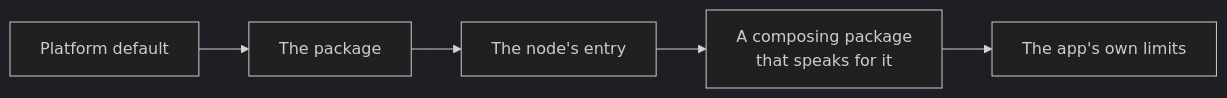
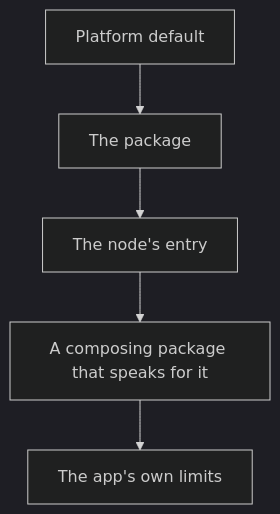
The diagram in docs/guides/creators-terms.md (openmoca/moca-spec), drawn with Mermaid (dark theme) before and after one commit. The commit also changed 1 other file, not shown here.

Commit message:
Docs index: name the table columns; the terms diagram runs top to bottom
Both from an accessibility check of the site: tables with empty header cells,
and a diagram too wide for the page, which scrolled sideways.

````diff
--- a/docs/guides/creators-terms.md
+++ b/docs/guides/creators-terms.md
@@ -117,4 +117,4 @@
 ```mermaid
-flowchart LR
-  platform["Platform default"] --> package["The package"] --> node["The node's entry"] --> composite["A composing package<br/>that speaks for it"] --> host["The app's own limits"]
+flowchart TB
+  platform["Platform default"] --> package["The package"] --> node["The node's entry"] --> composite["A composing package that speaks for it"] --> host["The app's own limits"]
 ```
````
